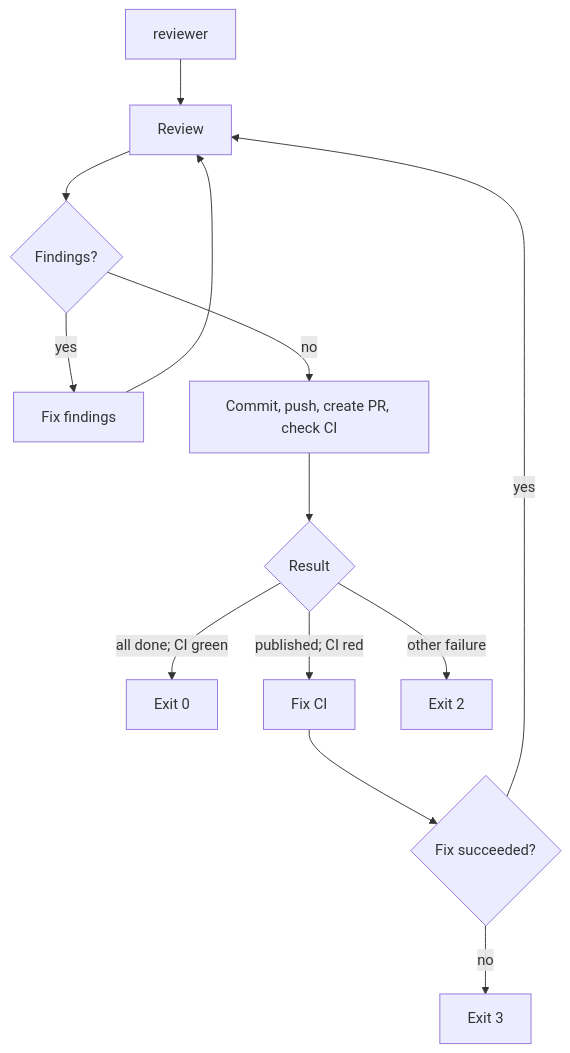
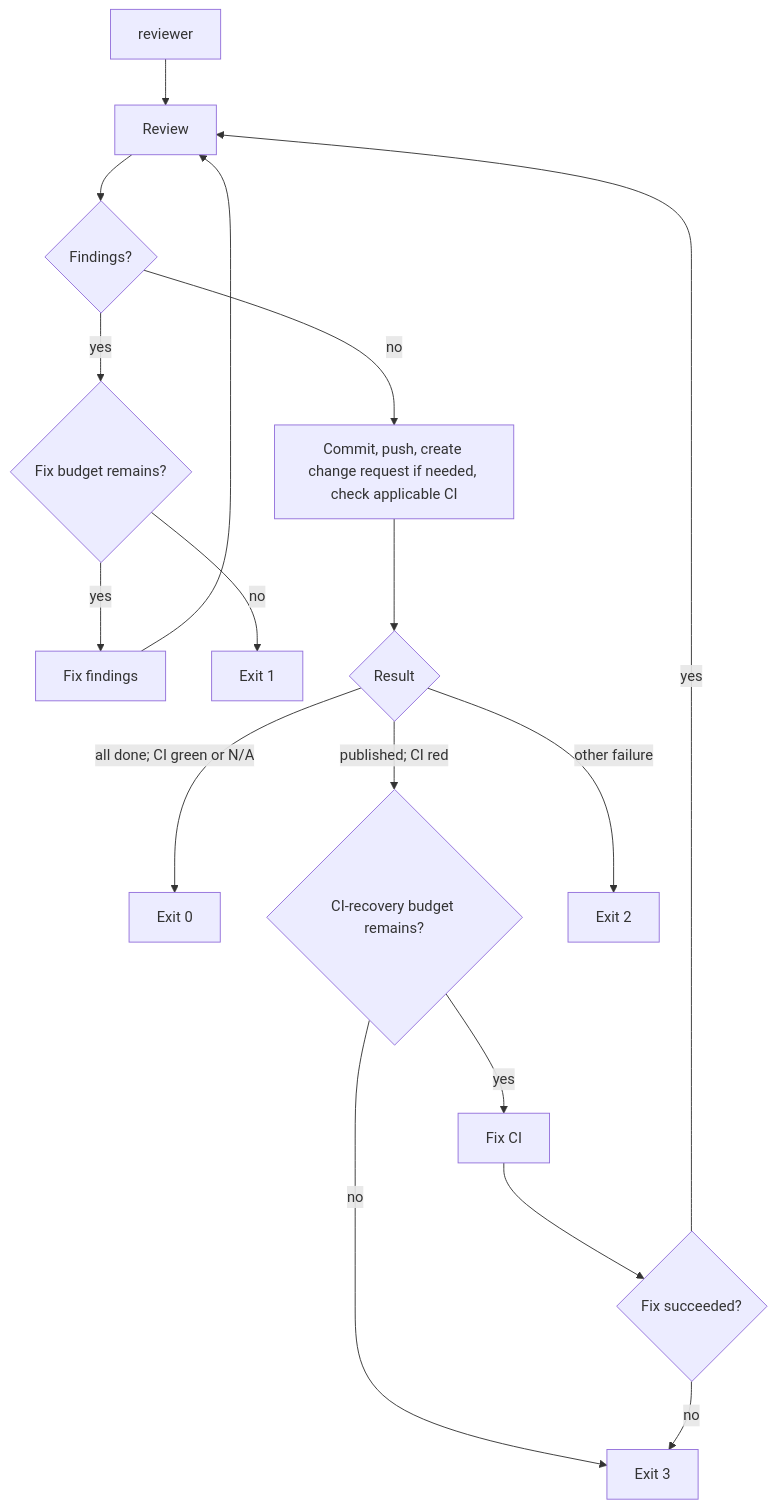
One commit to dapi/code-converge changed the diagram in README.md. Above: the diagram before and after it, drawn with Mermaid. The commit also changed other lines of this file and 88 other files, not shown here.

````diff
--- a/README.md
+++ b/README.md
@@ -9,15 +9,19 @@
 ```mermaid
 flowchart TD
     A["reviewer"] --> B[Review]
     B --> C{Findings?}
-    C -- yes --> D[Fix findings]
+    C -- yes --> E{Fix budget remains?}
+    E -- yes --> D[Fix findings]
+    E -- no --> X1[Exit 1]
     D --> B
-    C -- no --> F[Commit, push, create PR, check CI]
+    C -- no --> F[Commit, push, create change request if needed, check applicable CI]
     F --> G{Result}
-    G -- all done; CI green --> X0[Exit 0]
-    G -- published; CI red --> H[Fix CI]
+    G -- all done; CI green or N/A --> X0[Exit 0]
+    G -- published; CI red --> J{CI-recovery budget remains?}
+    J -- yes --> H[Fix CI]
+    J -- no --> X3[Exit 3]
     H --> I{Fix succeeded?}
     I -- yes --> B
     I -- no --> X3[Exit 3]
     G -- other failure --> X2[Exit 2]
 ```
````
